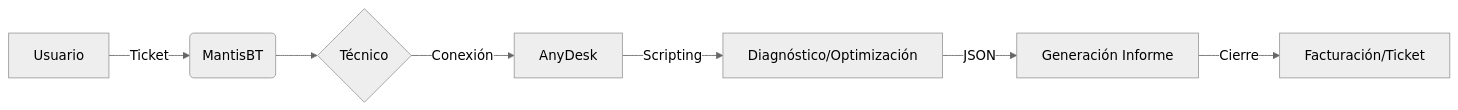
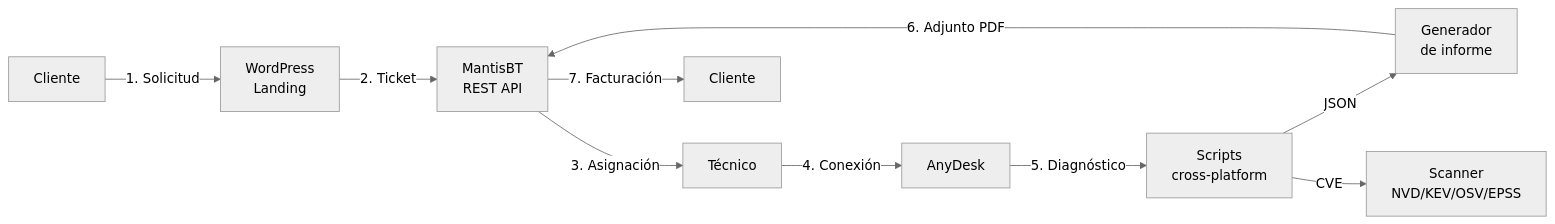
Before and after one commit to Haplee/ResolvCore: the diagram in README.md, drawn with Mermaid (neutral theme). The commit also changed other lines of this file and 4 other files, not shown here.

Commit message:
feat: update project documentation, add WordPress integration files, and configure development settings

````diff
--- a/README.md
+++ b/README.md
@@ -34,9 +89,12 @@
 ```mermaid
-graph LR
-    A[Usuario] -->|Ticket| B(MantisBT)
-    B --> C{Técnico}
-    C -->|Conexión| D[AnyDesk]
-    D -->|Scripting| E[Diagnóstico/Optimización]
-    E -->|JSON| F[Generación Informe]
-    F -->|Cierre| G[Facturación/Ticket]
+flowchart LR
+    A[Cliente] -->|1. Solicitud| B[WordPress<br/>Landing]
+    B -->|2. Ticket| C[MantisBT<br/>REST API]
+    C -->|3. Asignación| D[Técnico]
+    D -->|4. Conexión| E[AnyDesk]
+    E -->|5. Diagnóstico| F[Scripts<br/>cross-platform]
+    F -->|JSON| G[Generador<br/>de informe]
+    F -->|CVE| H[Scanner<br/>NVD/KEV/OSV/EPSS]
+    G -->|6. Adjunto PDF| C
+    C -->|7. Facturación| I[Cliente]
 ```
````
